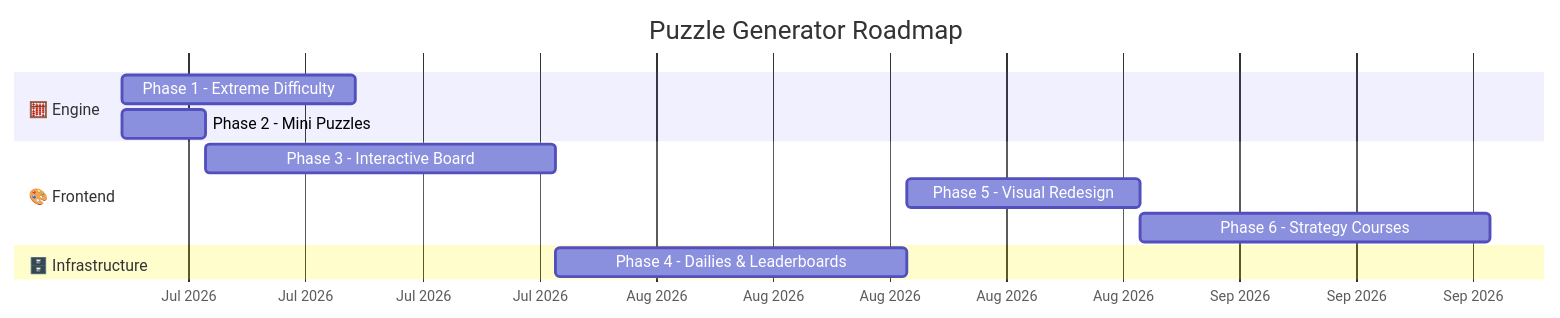
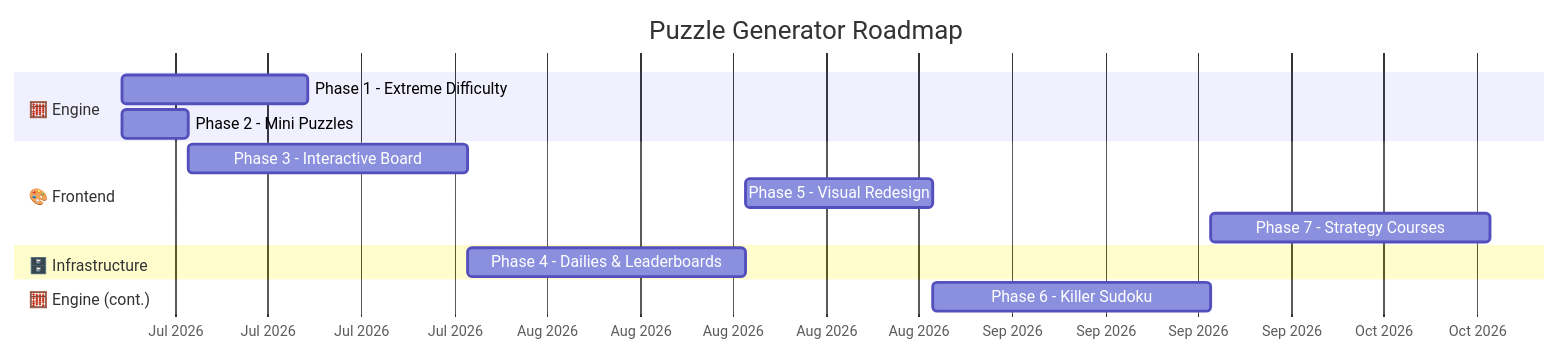
One commit to zfert99/Puzzle-Generator changed the third of 4 diagrams in Docs/roadmap.md. Above: the diagram before and after it, drawn with Mermaid. The commit also changed other lines of this file and 2 other files, not shown here.

First line of the commit message:
Docs: Phase 6 Killer Sudoku plan; renumber Strategy Courses to Phase 7

````diff
--- a/Docs/roadmap.md
+++ b/Docs/roadmap.md
@@ -443,18 +478,21 @@
 ```mermaid
 gantt
     title Puzzle Generator Roadmap
     dateFormat YYYY-MM-DD
     axisFormat %b %Y
 
     section 🧮 Engine
     Phase 1 - Extreme Difficulty        :p1, 2026-07-01, 14d
     Phase 2 - Mini Puzzles              :p2, 2026-07-01, 5d
 
     section 🎨 Frontend
     Phase 3 - Interactive Board         :p3, after p2, 21d
     Phase 5 - Visual Redesign           :p5, after p4, 14d
-    Phase 6 - Strategy Courses          :p6, after p5, 21d
+    Phase 7 - Strategy Courses          :p7, after p6, 21d
 
     section 🗄️ Infrastructure
     Phase 4 - Dailies & Leaderboards    :p4, after p3, 21d
+
+    section 🧮 Engine (cont.)
+    Phase 6 - Killer Sudoku             :p6, after p5, 21d
 ```
````
